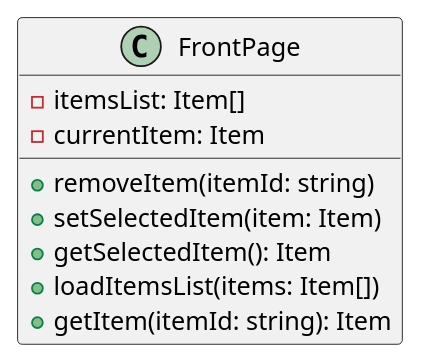
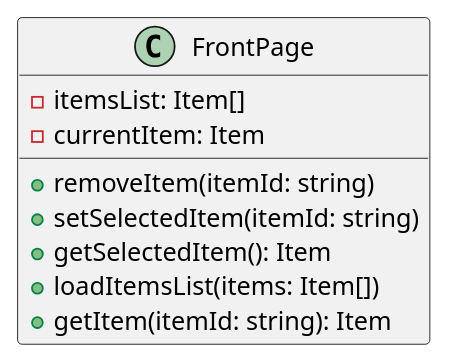
One commit to Student2506/weblarek changed the sixth of 7 diagrams in README.md. Above: the diagram before and after it, drawn with PlantUML. The commit also changed 6 other files, not shown here.

````diff
--- a/README.md
+++ b/README.md
@@ -173,13 +173,13 @@
 ```plantuml  
 @startuml
 class FrontPage {  
   - itemsList: Item[]  
   - currentItem: Item  
   + removeItem(itemId: string)  
-  + setSelectedItem(item: Item)  
+  + setSelectedItem(itemId: string)  
   + getSelectedItem(): Item  
   + loadItemsList(items: Item[])  
   + getItem(itemId: string): Item  
 }  
 @enduml  
 ```  
````
